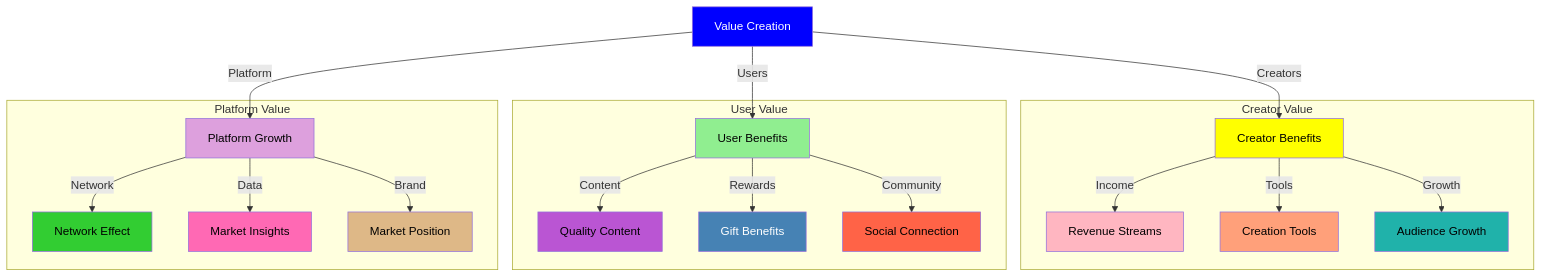
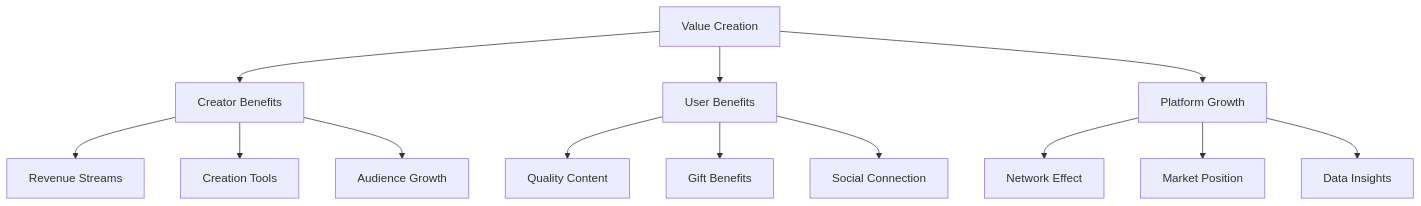
Before and after one commit to MEMEFANS/memefans: the second of 7 diagrams in docs/whitepaper/business-model.md, drawn with Mermaid. The commit also changed other lines of this file, not shown here.

Commit message:
fix: optimize business model flowcharts format

````diff
--- a/docs/whitepaper/business-model.md
+++ b/docs/whitepaper/business-model.md
@@ -46,38 +26,18 @@
-<div class="mermaid">
+```mermaid
 graph TD
-    A[Value Creation] -->|Creators| B[Creator Benefits]
-    A -->|Users| C[User Benefits]
-    A -->|Platform| D[Platform Growth]
+    A[Value Creation] --> B[Creator Benefits]
+    A --> C[User Benefits]
+    A --> D[Platform Growth]
     
-    subgraph Creator Value
-    B -->|Income| E[Revenue Streams]
-    B -->|Tools| F[Creation Tools]
-    B -->|Growth| G[Audience Growth]
-    end
+    B --> B1[Revenue Streams]
+    B --> B2[Creation Tools]
+    B --> B3[Audience Growth]
     
-    subgraph User Value
-    C -->|Content| H[Quality Content]
-    C -->|Rewards| I[Gift Benefits]
-    C -->|Community| J[Social Connection]
-    end
+    C --> C1[Quality Content]
+    C --> C2[Gift Benefits]
+    C --> C3[Social Connection]
     
-    subgraph Platform Value
-    D -->|Network| K[Network Effect]
-    D -->|Data| L[Market Insights]
-    D -->|Brand| M[Market Position]
-    end
-    
-    style A fill:#0000FF,color:#FFFFFF
-    style B fill:#FFFF00,color:#000000
-    style C fill:#90EE90,color:#000000
-    style D fill:#DDA0DD,color:#000000
-    style E fill:#FFB6C1,color:#000000
-    style F fill:#FFA07A,color:#000000
-    style G fill:#20B2AA,color:#000000
-    style H fill:#BA55D3,color:#000000
-    style I fill:#4682B4,color:#FFFFFF
-    style J fill:#FF6347,color:#000000
-    style K fill:#32CD32,color:#000000
-    style L fill:#FF69B4,color:#000000
-    style M fill:#DEB887,color:#000000
-</div>
+    D --> D1[Network Effect]
+    D --> D2[Market Position]
+    D --> D3[Data Insights]
+```
````
